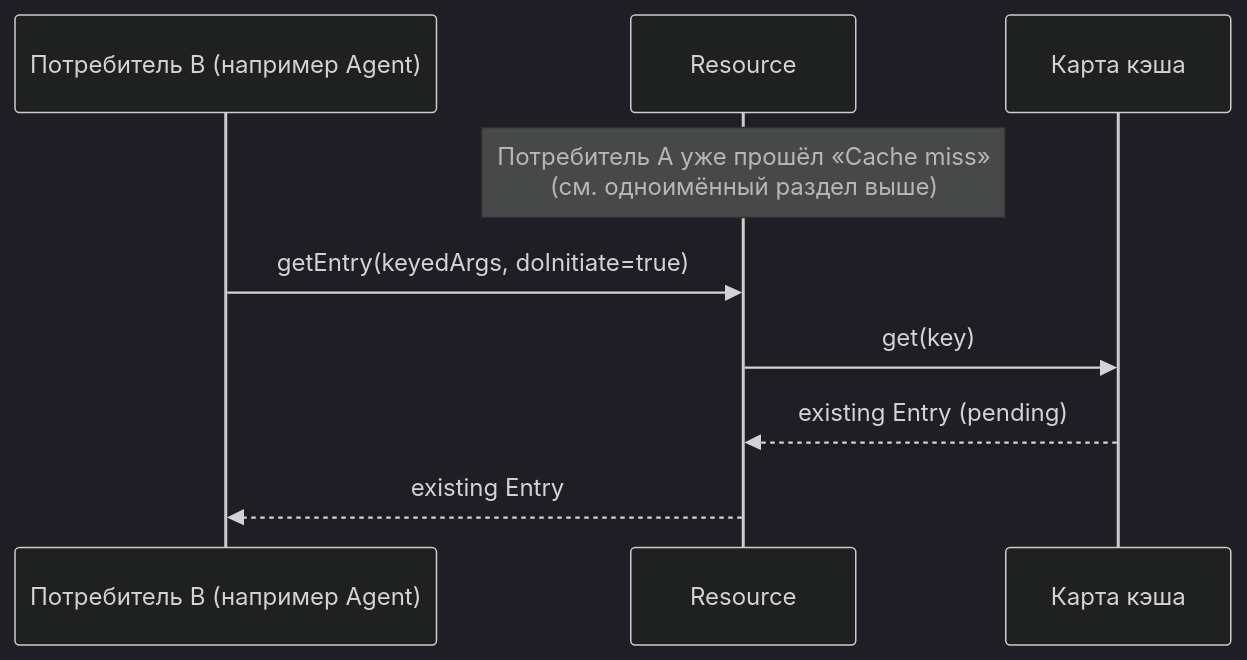
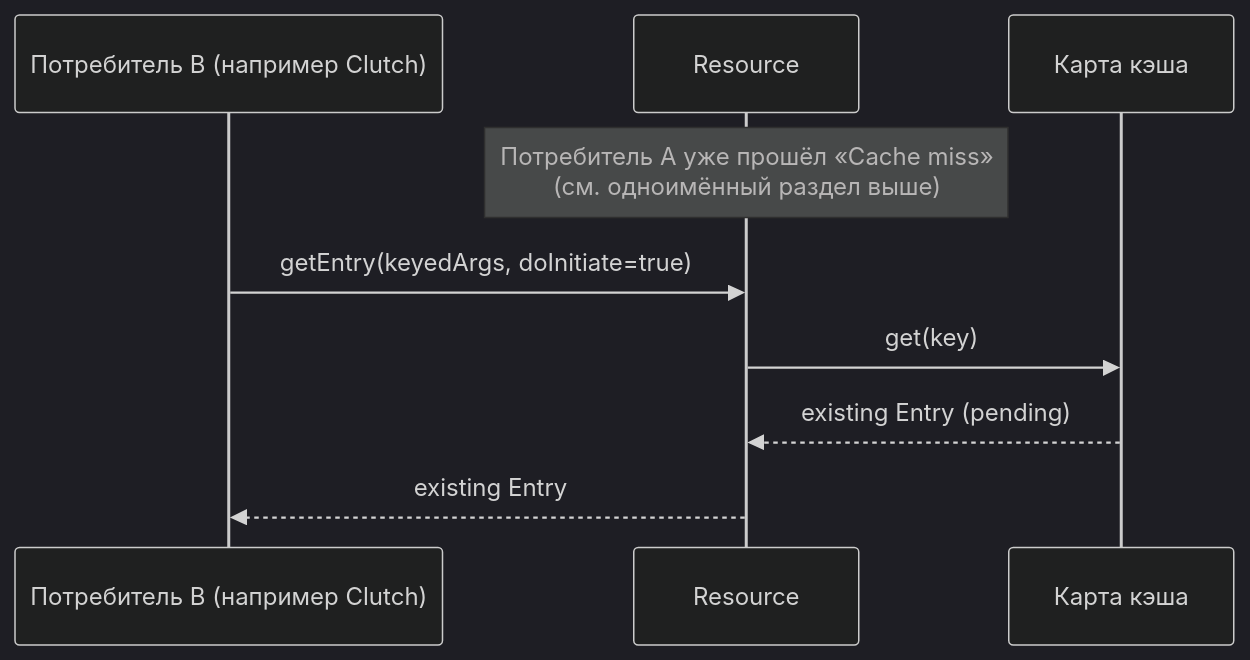
The sixth of 10 diagrams in docs/query/concepts/dataflows.md (fozy-labs/rx-toolkit), drawn with Mermaid (dark theme) before and after one commit. The commit also changed other lines of this file and 105 other files, not shown here.

````diff
--- a/docs/query/concepts/dataflows.md
+++ b/docs/query/concepts/dataflows.md
@@ -238,13 +238,13 @@
 ```mermaid
 sequenceDiagram
-    participant Agent as Потребитель B (например Agent)
+    participant Clutch as Потребитель B (например Clutch)
     participant Res as Resource
     participant Cache as Карта кэша
 
     Note over Res: Потребитель A уже прошёл «Cache miss»<br/>(см. одноимённый раздел выше)
 
-    Agent->>Res: getEntry(keyedArgs, doInitiate=true)
+    Clutch->>Res: getEntry(keyedArgs, doInitiate=true)
     Res->>Cache: get(key)
     Cache-->>Res: existing Entry (pending)
-    Res-->>Agent: existing Entry
+    Res-->>Clutch: existing Entry
 ```
````
